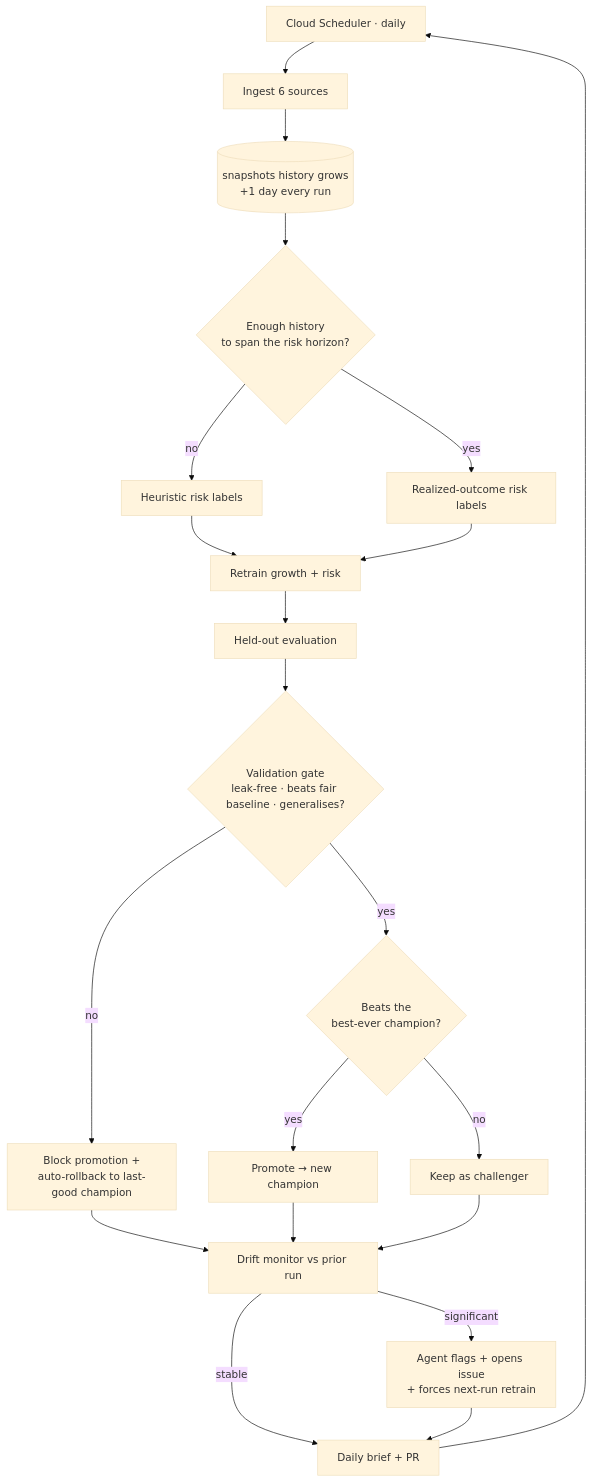
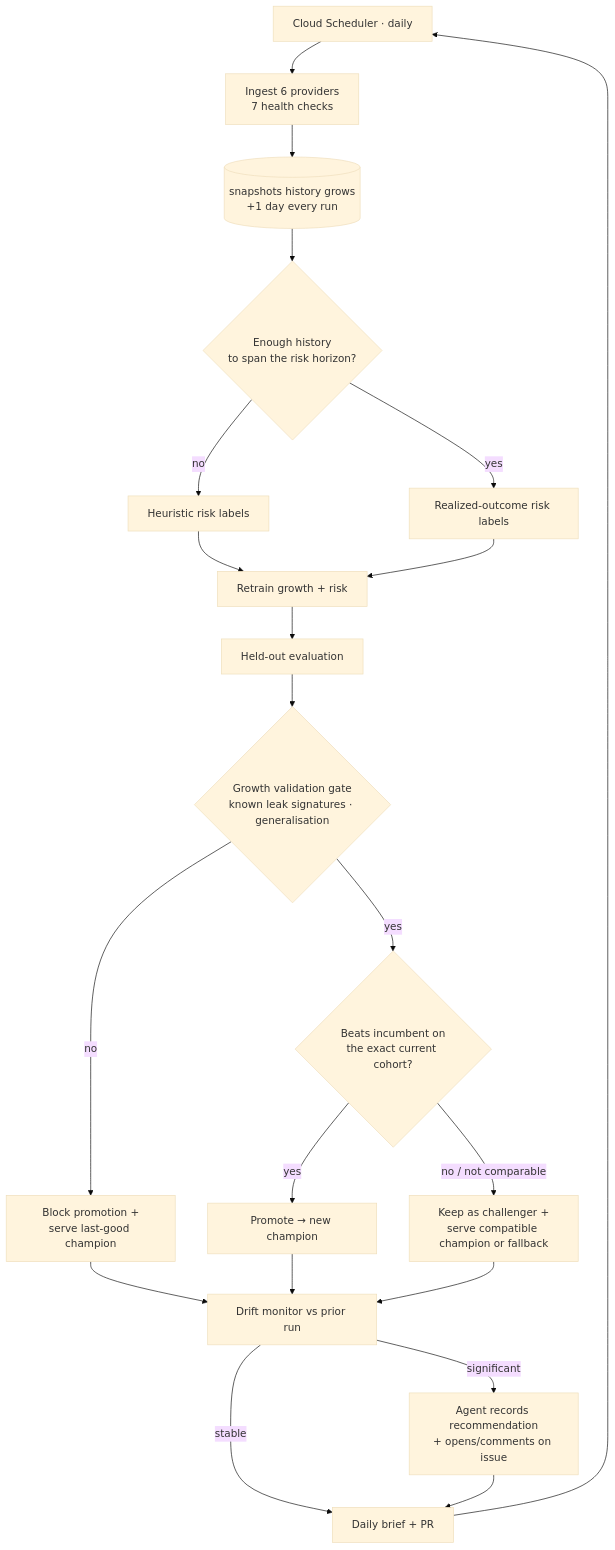
The diagram in docs/IMPROVEMENT.md (MiladShd/oss-radar), drawn with Mermaid (base theme) before and after one commit. The commit also changed other lines of this file and 106 other files, not shown here.

````diff
--- a/docs/IMPROVEMENT.md
+++ b/docs/IMPROVEMENT.md
@@ -9,20 +8,20 @@
 ```mermaid
 flowchart TD
-  S[Cloud Scheduler · daily] --> I[Ingest 6 sources]
+  S[Cloud Scheduler · daily] --> I[Ingest 6 providers<br/>7 health checks]
   I --> H[(snapshots history grows<br/>+1 day every run)]
   H --> L{Enough history<br/>to span the risk horizon?}
   L -- no --> HL[Heuristic risk labels]
   L -- yes --> FL[Realized-outcome risk labels]
   HL & FL --> T[Retrain growth + risk]
   T --> E[Held-out evaluation]
-  E --> VG{Validation gate<br/>leak-free · beats fair baseline · generalises?}
-  VG -- no --> RB[Block promotion +<br/>auto-rollback to last-good champion]
-  VG -- yes --> G{Beats the<br/>best-ever champion?}
+  E --> VG{Growth validation gate<br/>known leak signatures · generalisation}
+  VG -- no --> RB[Block promotion +<br/>serve last-good champion]
+  VG -- yes --> G{Beats incumbent on<br/>the exact current cohort?}
   G -- yes --> P[Promote → new champion]
-  G -- no --> C[Keep as challenger]
+  G -- no / not comparable --> C[Keep as challenger +<br/>serve compatible champion or fallback]
   RB & P & C --> D[Drift monitor vs prior run]
-  D -- significant --> A[Agent flags + opens issue<br/>+ forces next-run retrain]
+  D -- significant --> A[Agent records recommendation<br/>+ opens/comments on issue]
   D -- stable --> R[Daily brief + PR]
   A --> R
   R --> S
 ```
````
